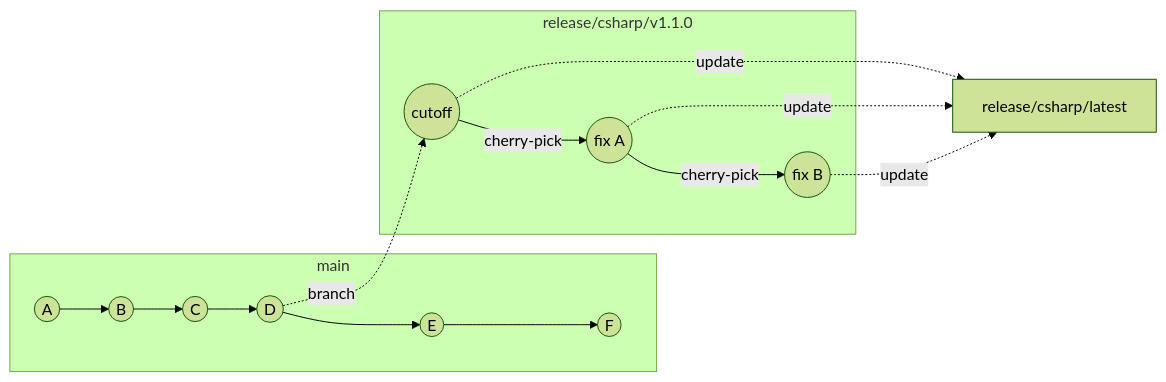
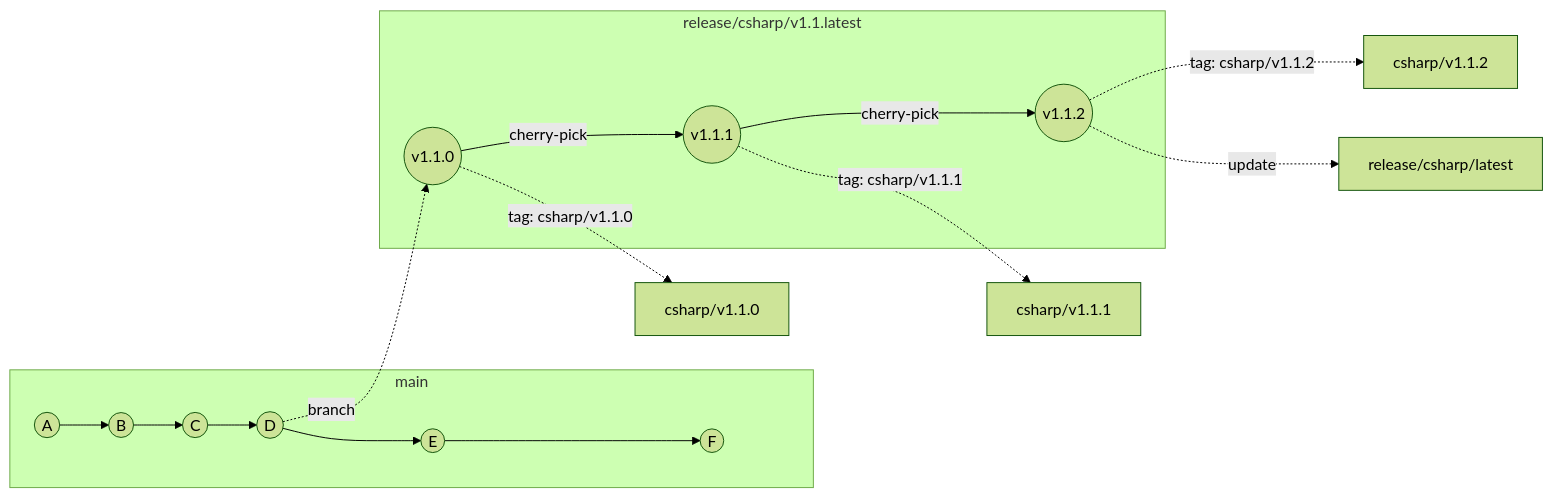
One commit to adbc-drivers/databricks changed the diagram in csharp/RELEASE_PROCESS.md. Above: the diagram before and after it, drawn with Mermaid (forest theme). The commit also changed other lines of this file, not shown here.

First line of the commit message:
docs(csharp): rename release branches from vX.Y.Z to vX.Y.latest, add tags

````diff
--- a/csharp/RELEASE_PROCESS.md
+++ b/csharp/RELEASE_PROCESS.md
@@ -51,14 +56,15 @@
 ```mermaid
 flowchart LR
     subgraph main
         A((A)) --> B((B)) --> C((C)) --> D((D)) --> E((E)) --> F((F))
     end
-    subgraph release/csharp/v1.1.0
-        D -.->|branch| R1((cutoff))
-        R1 -->|cherry-pick| R2((fix A))
-        R2 -->|cherry-pick| R3((fix B))
+    subgraph release/csharp/v1.1.latest
+        D -.->|branch| R1((v1.1.0))
+        R1 -->|cherry-pick| R2((v1.1.1))
+        R2 -->|cherry-pick| R3((v1.1.2))
     end
-    R1 -.->|update| LATEST[release/csharp/latest]
-    R2 -.->|update| LATEST
-    R3 -.->|update| LATEST
+    R1 -.->|tag: csharp/v1.1.0| T1[csharp/v1.1.0]
+    R2 -.->|tag: csharp/v1.1.1| T2[csharp/v1.1.1]
+    R3 -.->|tag: csharp/v1.1.2| T3[csharp/v1.1.2]
+    R3 -.->|update| LATEST[release/csharp/latest]
 ```
````
